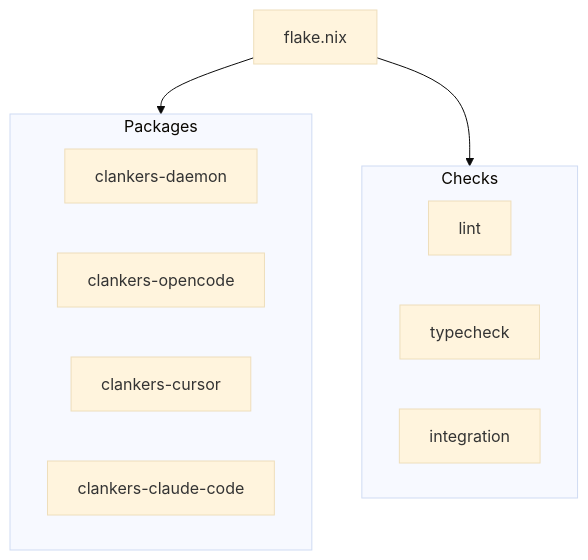
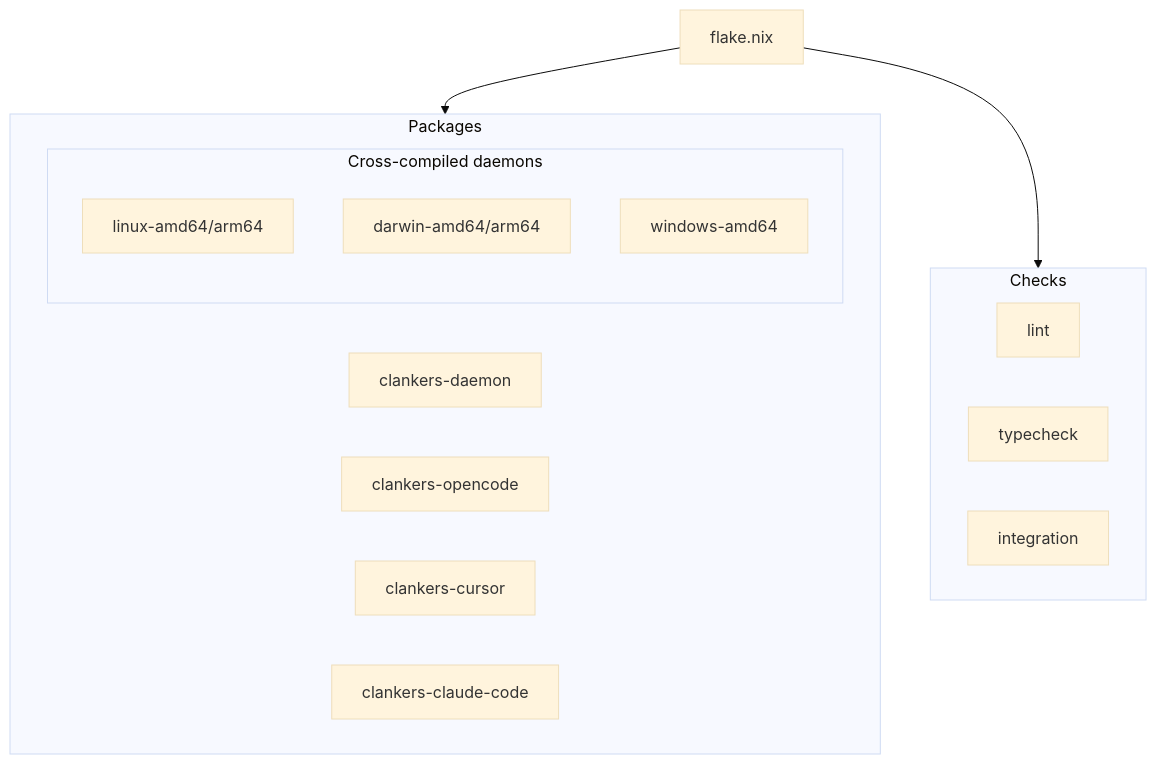
The diagram in lode/build/overview.md (dxta-dev/clankers), drawn with Mermaid (base theme) before and after one commit. The commit also changed other lines of this file and 4 other files, not shown here.

````diff
--- a/lode/build/overview.md
+++ b/lode/build/overview.md
@@ -92,20 +123,25 @@
 ```mermaid
 flowchart TB
   Flake[flake.nix]
   
   subgraph Packages
     Daemon[clankers-daemon]
+    subgraph Cross[Cross-compiled daemons]
+      Linux[linux-amd64/arm64]
+      Darwin[darwin-amd64/arm64]
+      Windows[windows-amd64]
+    end
     OpenCode[clankers-opencode]
     Cursor[clankers-cursor]
     Claude[clankers-claude-code]
   end
   
   subgraph Checks
     Lint[lint]
     TypeCheck[typecheck]
     Integration[integration]
   end
   
   Flake --> Packages
   Flake --> Checks
 ```
````
